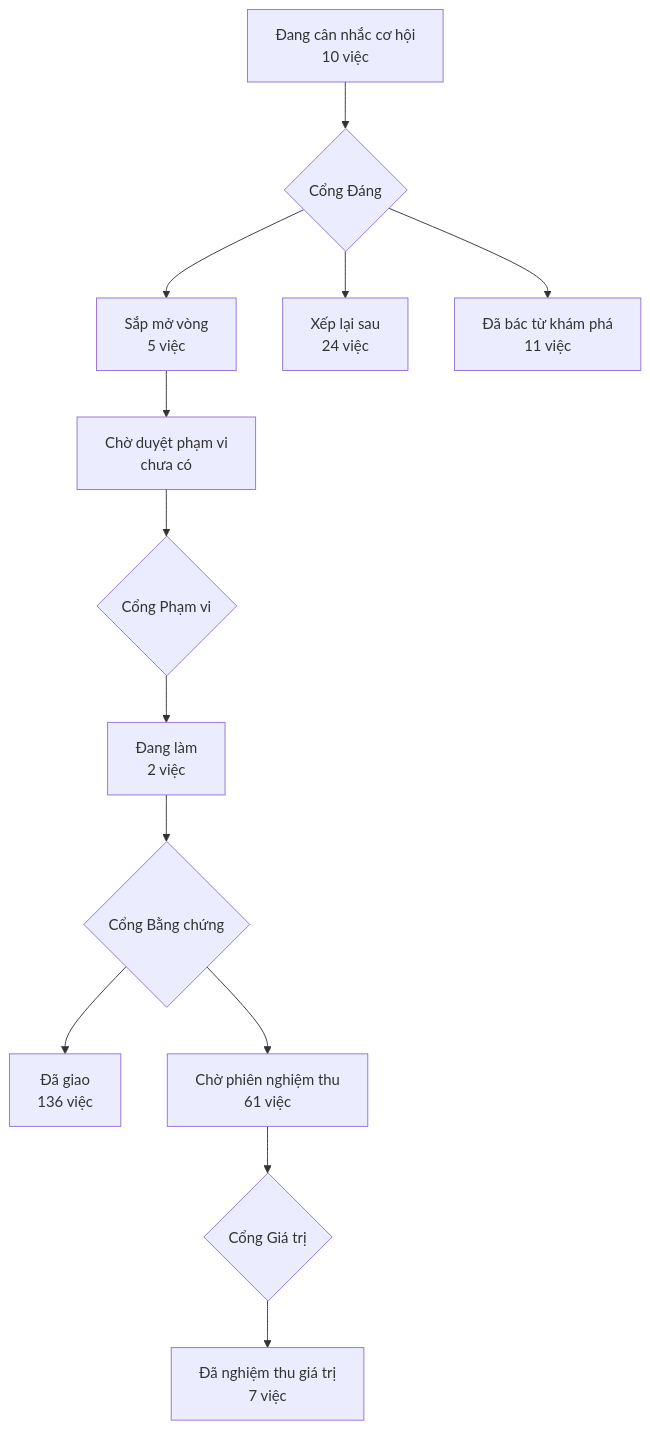
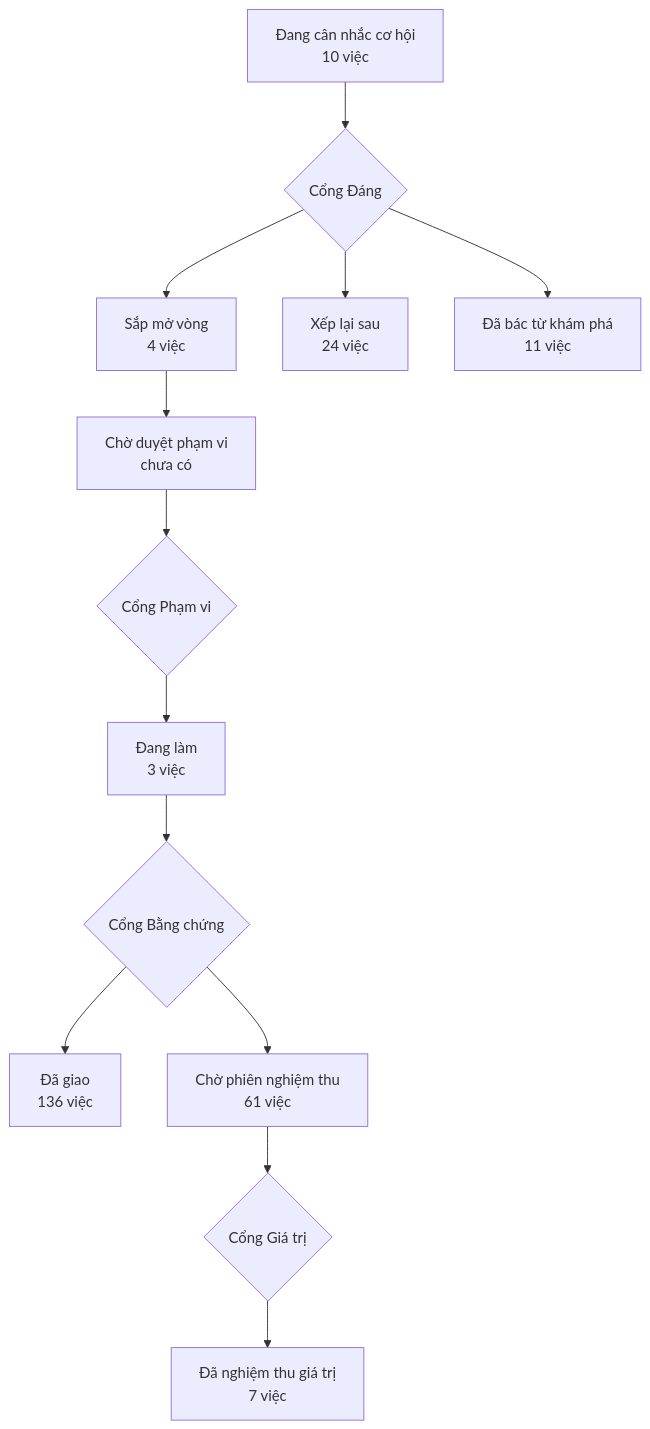
The diagram in PRODUCT-MAP.md (phanlemanh/acceptance-gate-kit), drawn with Mermaid before and after one commit. The commit also changed 3 other files, not shown here.

````diff
--- a/PRODUCT-MAP.md
+++ b/PRODUCT-MAP.md
@@ -7,12 +7,12 @@
 ```mermaid
 flowchart TD
   A["Đang cân nhắc cơ hội<br/>10 việc"] --> GD{"Cổng Đáng"}
-  GD --> B["Sắp mở vòng<br/>5 việc"]
+  GD --> B["Sắp mở vòng<br/>4 việc"]
   GD --> XL["Xếp lại sau<br/>24 việc"]
   GD --> DB["Đã bác từ khám phá<br/>11 việc"]
   B --> CD["Chờ duyệt phạm vi<br/>chưa có"] --> GP{"Cổng Phạm vi"}
-  GP --> DL["Đang làm<br/>2 việc"] --> GB{"Cổng Bằng chứng"}
+  GP --> DL["Đang làm<br/>3 việc"] --> GB{"Cổng Bằng chứng"}
   GB --> DG["Đã giao<br/>136 việc"]
   GB --> CN["Chờ phiên nghiệm thu<br/>61 việc"] --> GG{"Cổng Giá trị"}
   GG --> NT["Đã nghiệm thu giá trị<br/>7 việc"]
 ```
````
